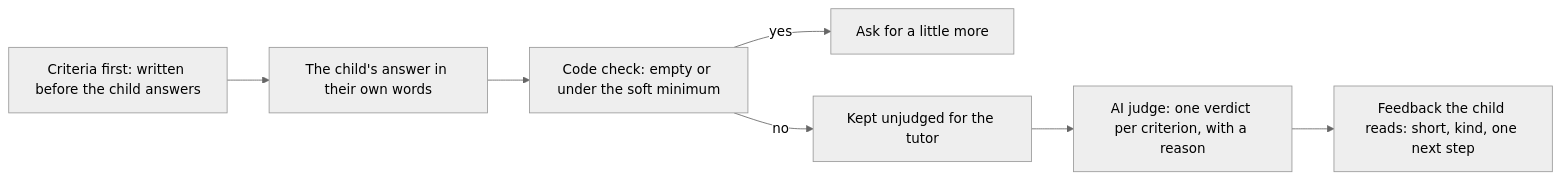
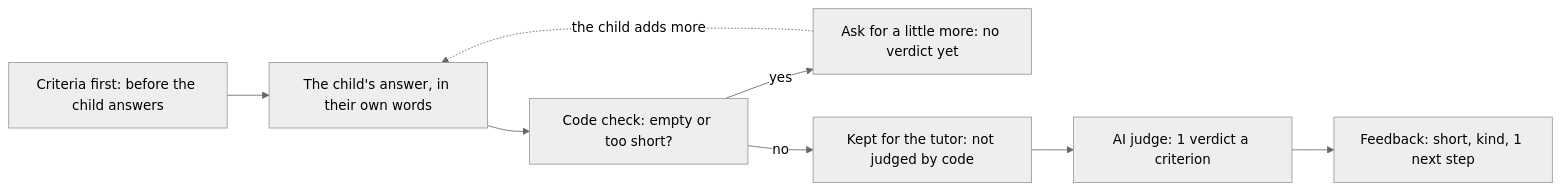
One commit to vasyl-stanislavchuk/jadwigo-hackathon changed the diagram in apps/docs/src/lib/diagrams/judging.mmd. Above: the diagram before and after it, drawn with Mermaid (neutral theme). The commit also changed 69 other files, not shown here.

First line of the commit message:
dl-5ssh.90.53.20: architecture as a C4 ladder, every diagram redrawn in Medallion (#946)

```diff
--- a/apps/docs/src/lib/diagrams/judging.mmd
+++ b/apps/docs/src/lib/diagrams/judging.mmd
@@ -1,7 +1,8 @@
 flowchart LR
-  T["Criteria first: written before the child answers"] --> A["The child's answer in their own words"]
-  A --> C["Code check: empty or under the soft minimum"]
-  C -->|yes| M["Ask for a little more"]
-  C -->|no| U["Kept unjudged for the tutor"]
-  U --> J["AI judge: one verdict per criterion, with a reason"]
-  J --> F["Feedback the child reads: short, kind, one next step"]
+  T["Criteria first: before the child answers"] --> A["The child's answer, in their own words"]
+  A --> C["Code check: empty or too short?"]
+  C -->|yes| M["Ask for a little more: no verdict yet"]
+  M -. "the child adds more" .-> A
+  C -->|no| U["Kept for the tutor: not judged by code"]
+  U --> J["AI judge: 1 verdict a criterion"]
+  J --> F["Feedback: short, kind, 1 next step"]
```
